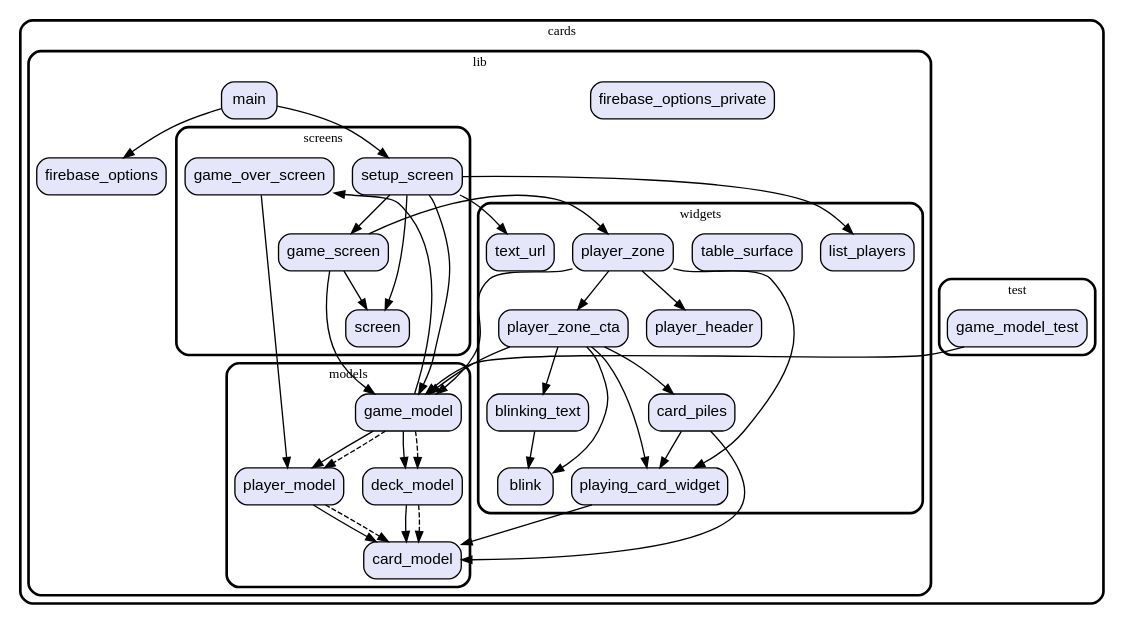
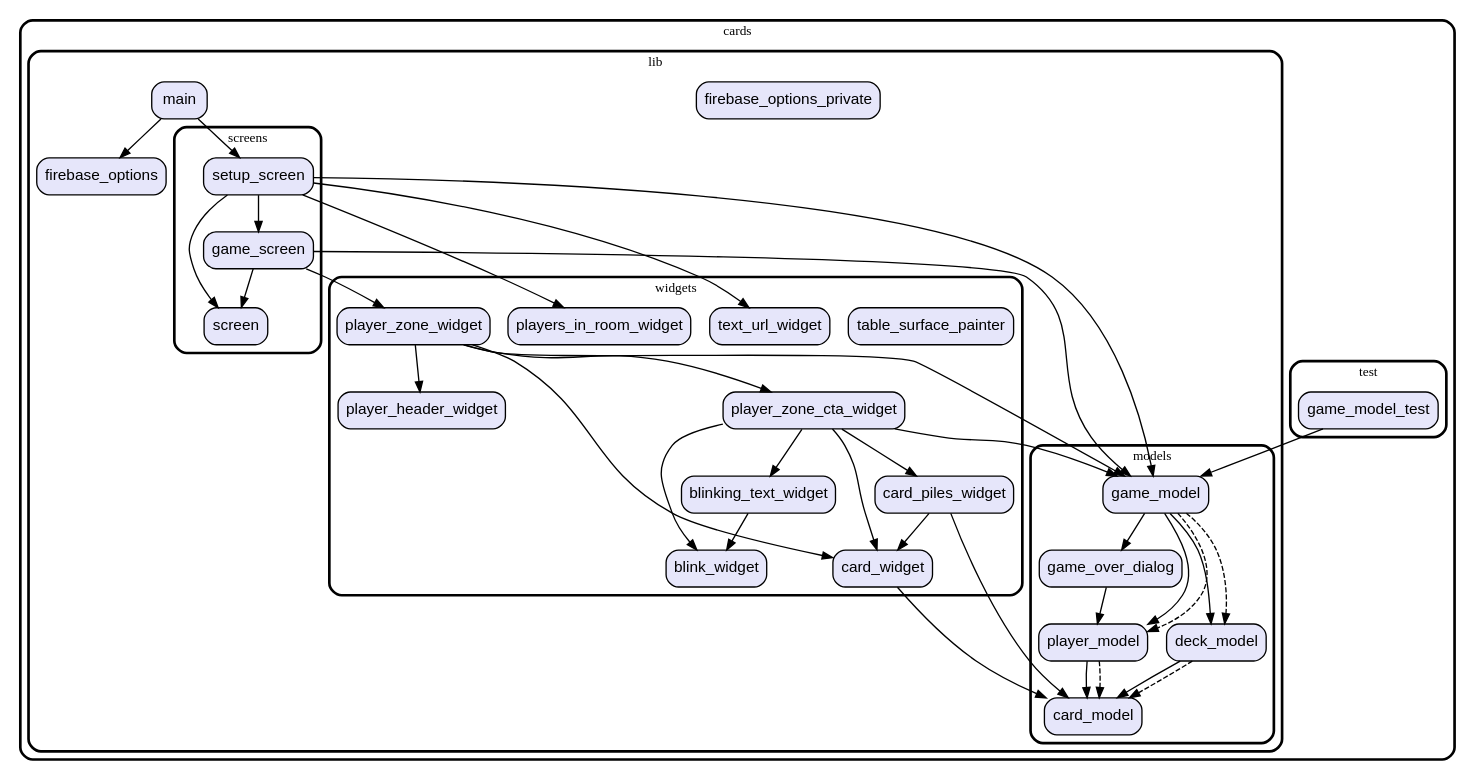
One commit to vteam-com/Cards changed the diagram in graph.dot. Above: the diagram before and after it, drawn with Graphviz. The commit also changed 15 other files, not shown here.

```diff
--- a/graph.dot
+++ b/graph.dot
@@ -1,101 +1,101 @@
 digraph "" {
   graph [style=rounded fontname="Arial Black" fontsize=13 penwidth=2.6];
   node [shape=rect style="filled,rounded" fontname=Arial fontsize=15 fillcolor=Lavender penwidth=1.3];
   edge [penwidth=1.3];
   "/test/game_model_test.dart" [label="game_model_test"];
   "/lib/firebase_options_private.dart" [label="firebase_options_private"];
   "/lib/firebase_options.dart" [label="firebase_options"];
   "/lib/models/game_model.dart" [label="game_model"];
+  "/lib/models/game_over_dialog.dart" [label="game_over_dialog"];
   "/lib/models/player_model.dart" [label="player_model"];
   "/lib/models/card_model.dart" [label="card_model"];
   "/lib/models/deck_model.dart" [label="deck_model"];
   "/lib/screens/game_screen.dart" [label="game_screen"];
-  "/lib/screens/game_over_screen.dart" [label="game_over_screen"];
   "/lib/screens/setup_screen.dart" [label="setup_screen"];
   "/lib/screens/screen.dart" [label="screen"];
   "/lib/main.dart" [label="main"];
-  "/lib/widgets/blink.dart" [label="blink"];
-  "/lib/widgets/list_players.dart" [label="list_players"];
-  "/lib/widgets/playing_card_widget.dart" [label="playing_card_widget"];
-  "/lib/widgets/table_surface.dart" [label="table_surface"];
-  "/lib/widgets/blinking_text.dart" [label="blinking_text"];
-  "/lib/widgets/player_zone.dart" [label="player_zone"];
-  "/lib/widgets/card_piles.dart" [label="card_piles"];
-  "/lib/widgets/player_zone_cta.dart" [label="player_zone_cta"];
-  "/lib/widgets/player_header.dart" [label="player_header"];
-  "/lib/widgets/text_url.dart" [label="text_url"];
+  "/lib/widgets/player_zone_cta_widget.dart" [label="player_zone_cta_widget"];
+  "/lib/widgets/table_surface_painter.dart" [label="table_surface_painter"];
+  "/lib/widgets/card_widget.dart" [label="card_widget"];
+  "/lib/widgets/player_header_widget.dart" [label="player_header_widget"];
+  "/lib/widgets/players_in_room_widget.dart" [label="players_in_room_widget"];
+  "/lib/widgets/player_zone_widget.dart" [label="player_zone_widget"];
+  "/lib/widgets/card_piles_widget.dart" [label="card_piles_widget"];
+  "/lib/widgets/text_url_widget.dart" [label="text_url_widget"];
+  "/lib/widgets/blink_widget.dart" [label="blink_widget"];
+  "/lib/widgets/blinking_text_widget.dart" [label="blinking_text_widget"];
   subgraph "cluster~" {
     label="cards";
     subgraph "cluster~/test" {
       label="test";
       "/test/game_model_test.dart";
     }
     subgraph "cluster~/lib" {
       label="lib";
       "/lib/firebase_options_private.dart";
       "/lib/firebase_options.dart";
       "/lib/main.dart";
       subgraph "cluster~/lib/models" {
         label="models";
         "/lib/models/game_model.dart";
+        "/lib/models/game_over_dialog.dart";
         "/lib/models/player_model.dart";
         "/lib/models/card_model.dart";
         "/lib/models/deck_model.dart";
       }
       subgraph "cluster~/lib/screens" {
         label="screens";
         "/lib/screens/game_screen.dart";
-        "/lib/screens/game_over_screen.dart";
         "/lib/screens/setup_screen.dart";
         "/lib/screens/screen.dart";
       }
       subgraph "cluster~/lib/widgets" {
         label="widgets";
-        "/lib/widgets/blink.dart";
-        "/lib/widgets/list_players.dart";
-        "/lib/widgets/playing_card_widget.dart";
-        "/lib/widgets/table_surface.dart";
-        "/lib/widgets/blinking_text.dart";
-        "/lib/widgets/player_zone.dart";
-        "/lib/widgets/card_piles.dart";
-        "/lib/widgets/player_zone_cta.dart";
-        "/lib/widgets/player_header.dart";
-        "/lib/widgets/text_url.dart";
+        "/lib/widgets/player_zone_cta_widget.dart";
+        "/lib/widgets/table_surface_painter.dart";
+        "/lib/widgets/card_widget.dart";
+        "/lib/widgets/player_header_widget.dart";
+        "/lib/widgets/players_in_room_widget.dart";
+        "/lib/widgets/player_zone_widget.dart";
+        "/lib/widgets/card_piles_widget.dart";
+        "/lib/widgets/text_url_widget.dart";
+        "/lib/widgets/blink_widget.dart";
+        "/lib/widgets/blinking_text_widget.dart";
       }
     }
   }
   "/test/game_model_test.dart" -> "/lib/models/game_model.dart";
   "/lib/models/game_model.dart" -> "/lib/models/deck_model.dart";
+  "/lib/models/game_model.dart" -> "/lib/models/game_over_dialog.dart";
   "/lib/models/game_model.dart" -> "/lib/models/player_model.dart";
-  "/lib/models/game_model.dart" -> "/lib/screens/game_over_screen.dart";
   "/lib/models/game_model.dart" -> "/lib/models/deck_model.dart" [style=dashed];
   "/lib/models/game_model.dart" -> "/lib/models/player_model.dart" [style=dashed];
+  "/lib/models/game_over_dialog.dart" -> "/lib/models/player_model.dart";
   "/lib/models/player_model.dart" -> "/lib/models/card_model.dart";
   "/lib/models/player_model.dart" -> "/lib/models/card_model.dart" [style=dashed];
   "/lib/models/deck_model.dart" -> "/lib/models/card_model.dart";
   "/lib/models/deck_model.dart" -> "/lib/models/card_model.dart" [style=dashed];
   "/lib/screens/game_screen.dart" -> "/lib/models/game_model.dart";
   "/lib/screens/game_screen.dart" -> "/lib/screens/screen.dart";
-  "/lib/screens/game_screen.dart" -> "/lib/widgets/player_zone.dart";
-  "/lib/screens/game_over_screen.dart" -> "/lib/models/player_model.dart";
+  "/lib/screens/game_screen.dart" -> "/lib/widgets/player_zone_widget.dart";
   "/lib/screens/setup_screen.dart" -> "/lib/models/game_model.dart";
   "/lib/screens/setup_screen.dart" -> "/lib/screens/game_screen.dart";
   "/lib/screens/setup_screen.dart" -> "/lib/screens/screen.dart";
-  "/lib/screens/setup_screen.dart" -> "/lib/widgets/list_players.dart";
-  "/lib/screens/setup_screen.dart" -> "/lib/widgets/text_url.dart";
+  "/lib/screens/setup_screen.dart" -> "/lib/widgets/players_in_room_widget.dart";
+  "/lib/screens/setup_screen.dart" -> "/lib/widgets/text_url_widget.dart";
   "/lib/main.dart" -> "/lib/firebase_options.dart";
   "/lib/main.dart" -> "/lib/screens/setup_screen.dart";
-  "/lib/widgets/playing_card_widget.dart" -> "/lib/models/card_model.dart";
-  "/lib/widgets/blinking_text.dart" -> "/lib/widgets/blink.dart";
-  "/lib/widgets/player_zone.dart" -> "/lib/models/game_model.dart";
-  "/lib/widgets/player_zone.dart" -> "/lib/widgets/player_header.dart";
-  "/lib/widgets/player_zone.dart" -> "/lib/widgets/player_zone_cta.dart";
-  "/lib/widgets/player_zone.dart" -> "/lib/widgets/playing_card_widget.dart";
-  "/lib/widgets/card_piles.dart" -> "/lib/models/card_model.dart";
-  "/lib/widgets/card_piles.dart" -> "/lib/widgets/playing_card_widget.dart";
-  "/lib/widgets/player_zone_cta.dart" -> "/lib/models/game_model.dart";
-  "/lib/widgets/player_zone_cta.dart" -> "/lib/widgets/blink.dart";
-  "/lib/widgets/player_zone_cta.dart" -> "/lib/widgets/blinking_text.dart";
-  "/lib/widgets/player_zone_cta.dart" -> "/lib/widgets/card_piles.dart";
-  "/lib/widgets/player_zone_cta.dart" -> "/lib/widgets/playing_card_widget.dart";
+  "/lib/widgets/player_zone_cta_widget.dart" -> "/lib/models/game_model.dart";
+  "/lib/widgets/player_zone_cta_widget.dart" -> "/lib/widgets/blink_widget.dart";
+  "/lib/widgets/player_zone_cta_widget.dart" -> "/lib/widgets/blinking_text_widget.dart";
+  "/lib/widgets/player_zone_cta_widget.dart" -> "/lib/widgets/card_piles_widget.dart";
+  "/lib/widgets/player_zone_cta_widget.dart" -> "/lib/widgets/card_widget.dart";
+  "/lib/widgets/card_widget.dart" -> "/lib/models/card_model.dart";
+  "/lib/widgets/player_zone_widget.dart" -> "/lib/models/game_model.dart";
+  "/lib/widgets/player_zone_widget.dart" -> "/lib/widgets/card_widget.dart";
+  "/lib/widgets/player_zone_widget.dart" -> "/lib/widgets/player_header_widget.dart";
+  "/lib/widgets/player_zone_widget.dart" -> "/lib/widgets/player_zone_cta_widget.dart";
+  "/lib/widgets/card_piles_widget.dart" -> "/lib/models/card_model.dart";
+  "/lib/widgets/card_piles_widget.dart" -> "/lib/widgets/card_widget.dart";
+  "/lib/widgets/blinking_text_widget.dart" -> "/lib/widgets/blink_widget.dart";
 }
```
